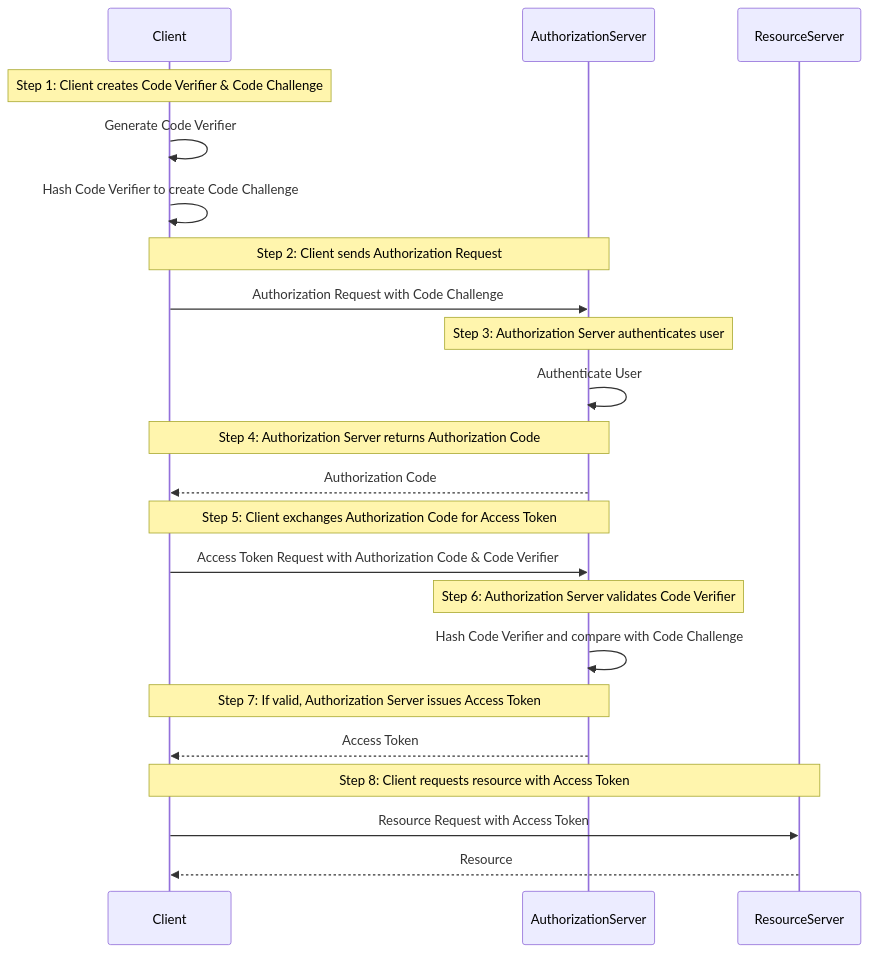
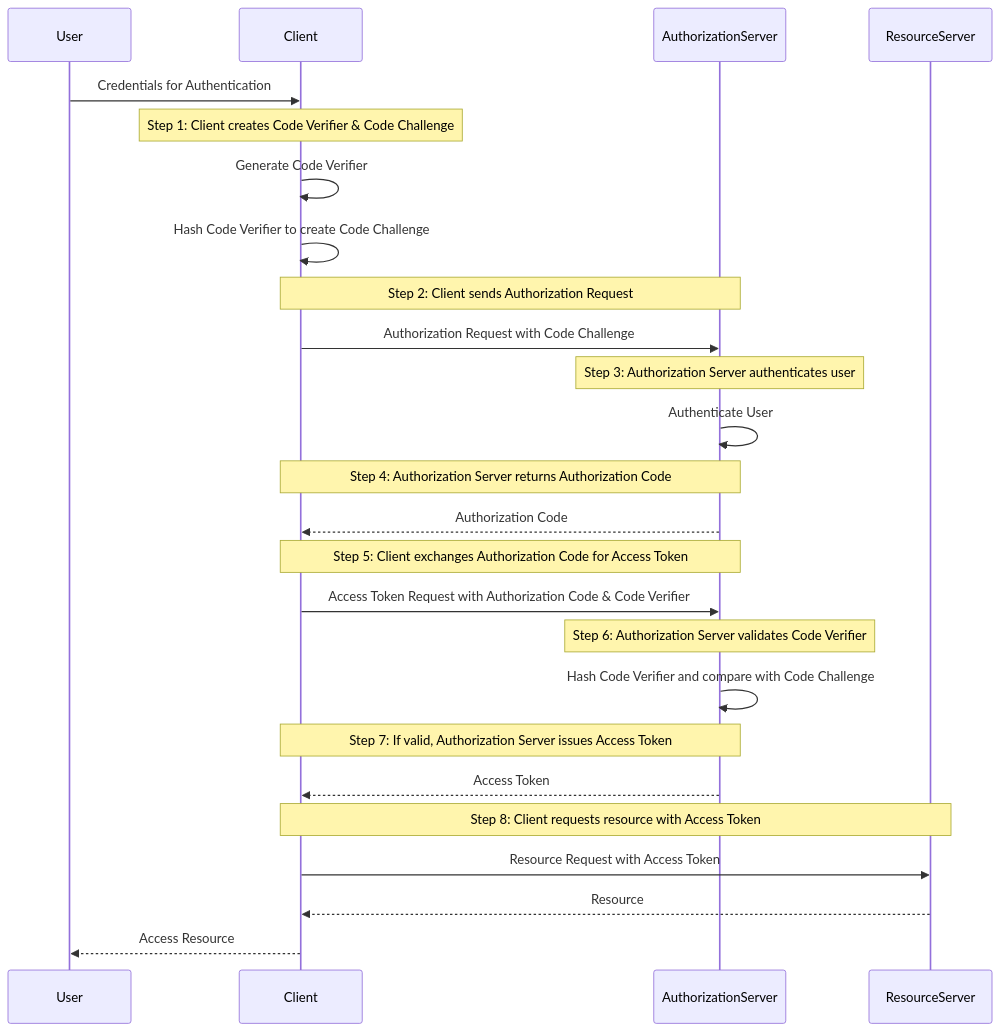
Before and after one commit to prannoymulmi/Msc-Thesis--OIDC: the diagram in mermaid_files/pkce.md, drawn with Mermaid. The commit also changed 11 other files, not shown here.

````diff
--- a/mermaid_files/pkce.md
+++ b/mermaid_files/pkce.md
@@ -1,32 +1,35 @@
 ```mermaid
 sequenceDiagram
+    participant User as User
     participant Client
     participant AuthorizationServer
     participant ResourceServer
 
+    User->>Client:Credentials for Authentication
     Note over Client: Step 1: Client creates Code Verifier & Code Challenge
     Client->>Client: Generate Code Verifier
     Client->>Client: Hash Code Verifier to create Code Challenge
 
     Note over Client,AuthorizationServer: Step 2: Client sends Authorization Request
     Client->>AuthorizationServer: Authorization Request with Code Challenge
 
     Note over AuthorizationServer: Step 3: Authorization Server authenticates user
     AuthorizationServer->>AuthorizationServer: Authenticate User
 
     Note over AuthorizationServer,Client: Step 4: Authorization Server returns Authorization Code
     AuthorizationServer-->>Client: Authorization Code
 
     Note over Client,AuthorizationServer: Step 5: Client exchanges Authorization Code for Access Token
     Client->>AuthorizationServer: Access Token Request with Authorization Code & Code Verifier
 
     Note over AuthorizationServer: Step 6: Authorization Server validates Code Verifier
     AuthorizationServer->>AuthorizationServer: Hash Code Verifier and compare with Code Challenge
 
     Note over AuthorizationServer,Client: Step 7: If valid, Authorization Server issues Access Token
     AuthorizationServer-->>Client: Access Token
 
     Note over Client,ResourceServer: Step 8: Client requests resource with Access Token
     Client->>ResourceServer: Resource Request with Access Token
     ResourceServer-->>Client: Resource
+    Client-->>User: Access Resource
 ```
````
